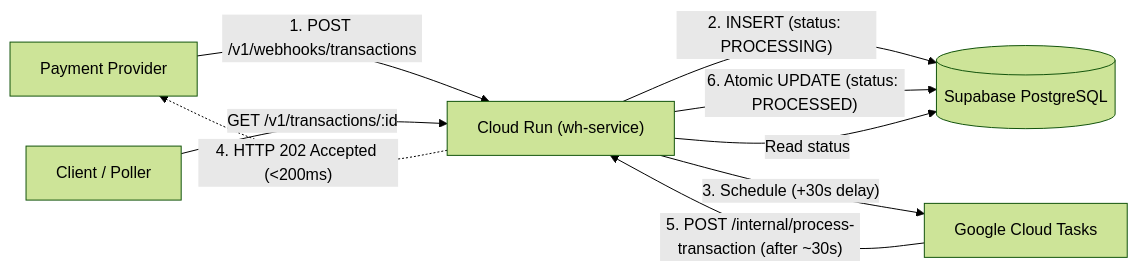
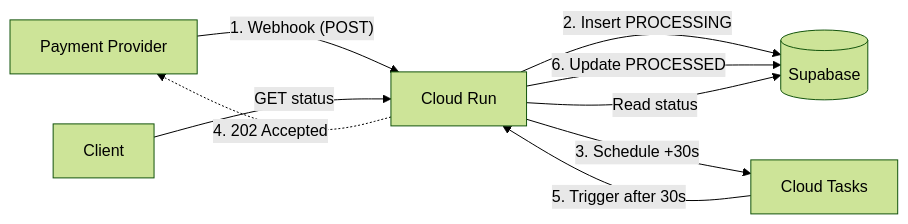
The diagram in README.md (sohanagashimani/wh-service), drawn with Mermaid (forest theme) before and after one commit. The commit also changed other lines of this file, not shown here.

````diff
--- a/README.md
+++ b/README.md
@@ -11,13 +9,13 @@
 ```mermaid
 graph LR
-    Client["Payment Provider"] -->|"1. POST /v1/webhooks/transactions"| App["Cloud Run (wh-service)"]
-    App -->|"2. INSERT (status: PROCESSING)"| DB[("Supabase PostgreSQL")]
-    App -->|"3. Schedule (+30s delay)"| Tasks["Google Cloud Tasks"]
-    App -.->|"4. HTTP 202 Accepted (<200ms)"| Client
+    Client["Payment Provider"] -->|"1. Webhook (POST)"| App["Cloud Run"]
+    App -->|"2. Insert PROCESSING"| DB[("Supabase")]
+    App -->|"3. Schedule +30s"| Tasks["Cloud Tasks"]
+    App -.->|"4. 202 Accepted"| Client
 
-    Tasks -->|"5. POST /internal/process-transaction (after ~30s)"| App
-    App -->|"6. Atomic UPDATE (status: PROCESSED)"| DB
+    Tasks -->|"5. Trigger after 30s"| App
+    App -->|"6. Update PROCESSED"| DB
 
-    Poller["Client / Poller"] -->|"GET /v1/transactions/:id"| App
+    Poller["Client"] -->|"GET status"| App
     App -->|"Read status"| DB
 ```
````
